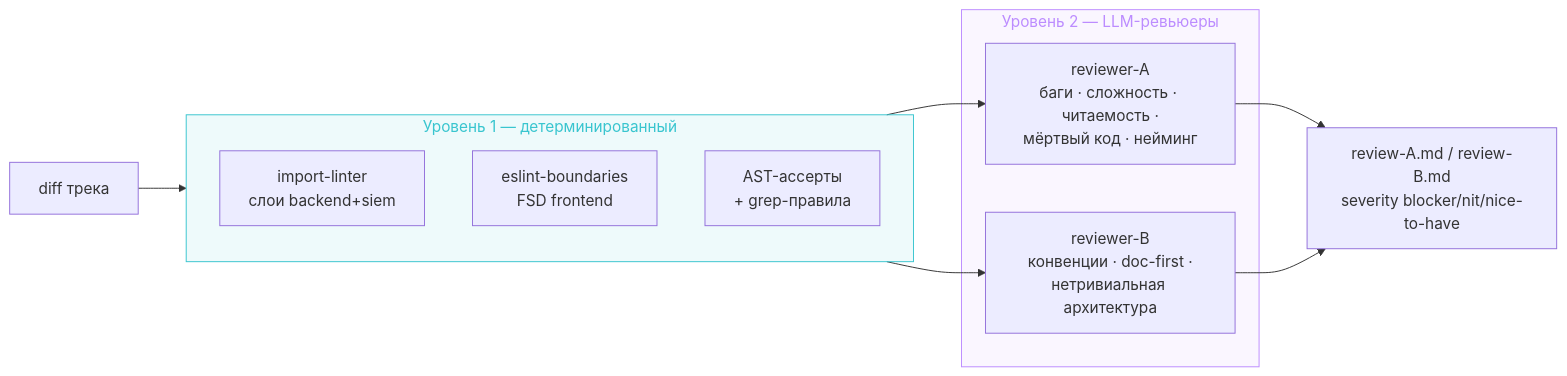
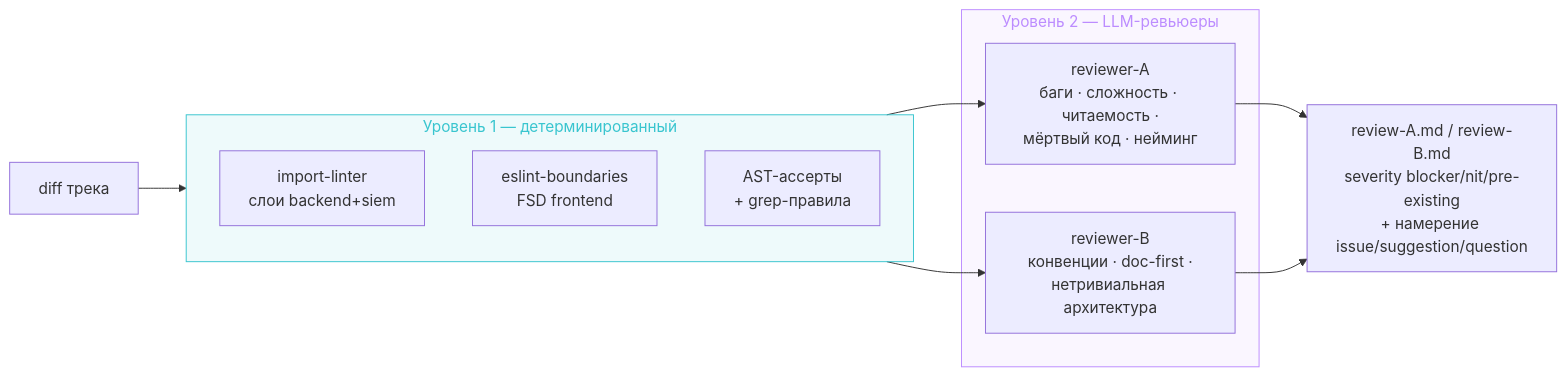
One commit to Bbar0n234/learnflow-ai changed the second of 4 diagrams in doc/tasks/iterations/codebase-maturity/feat-008-enforcement/design-brief.md. Above: the diagram before and after it, drawn with Mermaid. The commit also changed other lines of this file and 6 other files, not shown here.

````diff
--- a/doc/tasks/iterations/codebase-maturity/feat-008-enforcement/design-brief.md
+++ b/doc/tasks/iterations/codebase-maturity/feat-008-enforcement/design-brief.md
@@ -70,23 +71,23 @@
 ```mermaid
 flowchart LR
     DIFF[diff трека] --> L1
 
     subgraph L1[Уровень 1 — детерминированный]
         IL[import-linter<br/>слои backend+siem] 
         EB[eslint-boundaries<br/>FSD frontend]
         AST[AST-ассерты<br/>+ grep-правила]
     end
 
     subgraph L2[Уровень 2 — LLM-ревьюеры]
         RA[reviewer-A<br/>баги · сложность · читаемость ·<br/>мёртвый код · нейминг]
         RB[reviewer-B<br/>конвенции · doc-first ·<br/>нетривиальная архитектура]
     end
 
     L1 --> RA
     L1 --> RB
-    RA --> OUT[review-A.md / review-B.md<br/>severity blocker/nit/nice-to-have]
+    RA --> OUT[review-A.md / review-B.md<br/>severity blocker/nit/pre-existing<br/>+ намерение issue/suggestion/question]
     RB --> OUT
 
     style L1 fill:#39c5cf15,stroke:#39c5cf,color:#39c5cf
     style L2 fill:#bc8cff15,stroke:#bc8cff,color:#bc8cff
 ```
````
